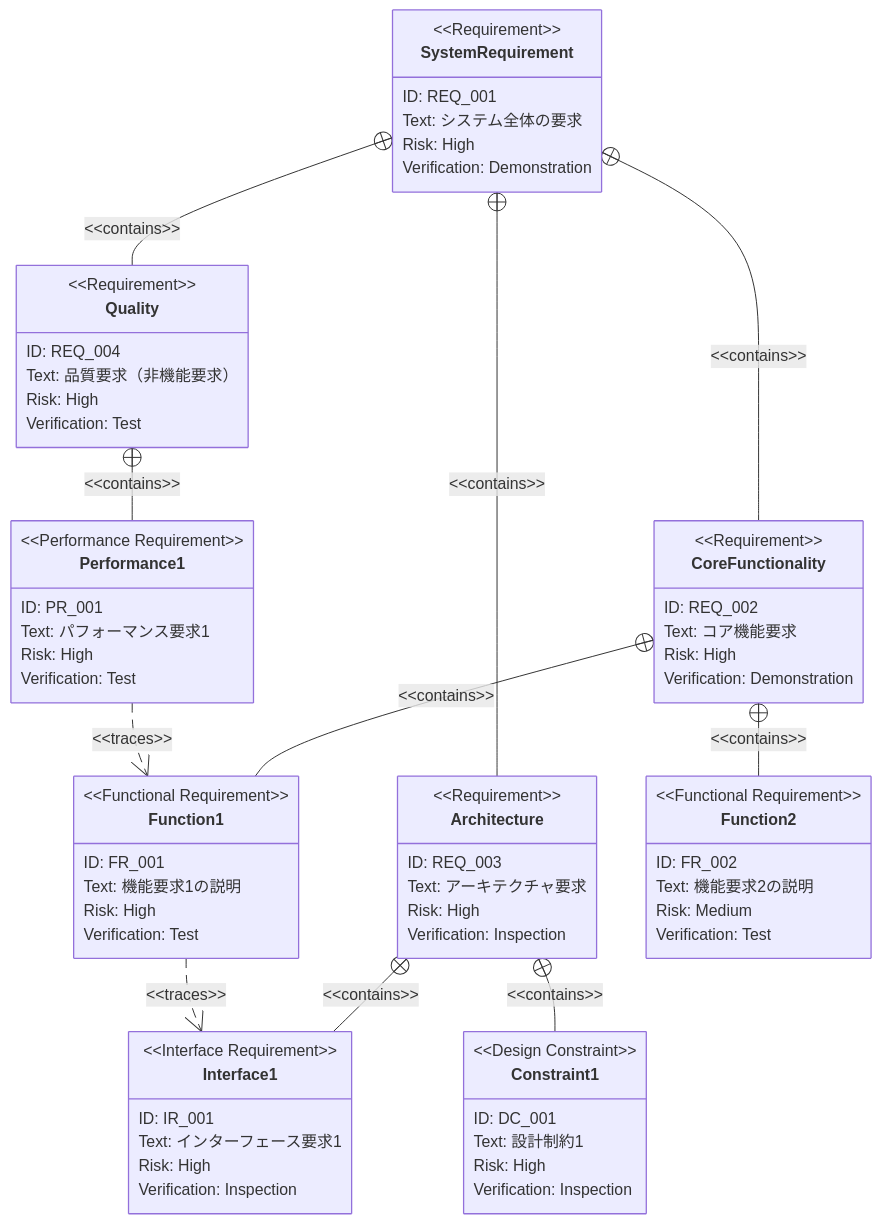
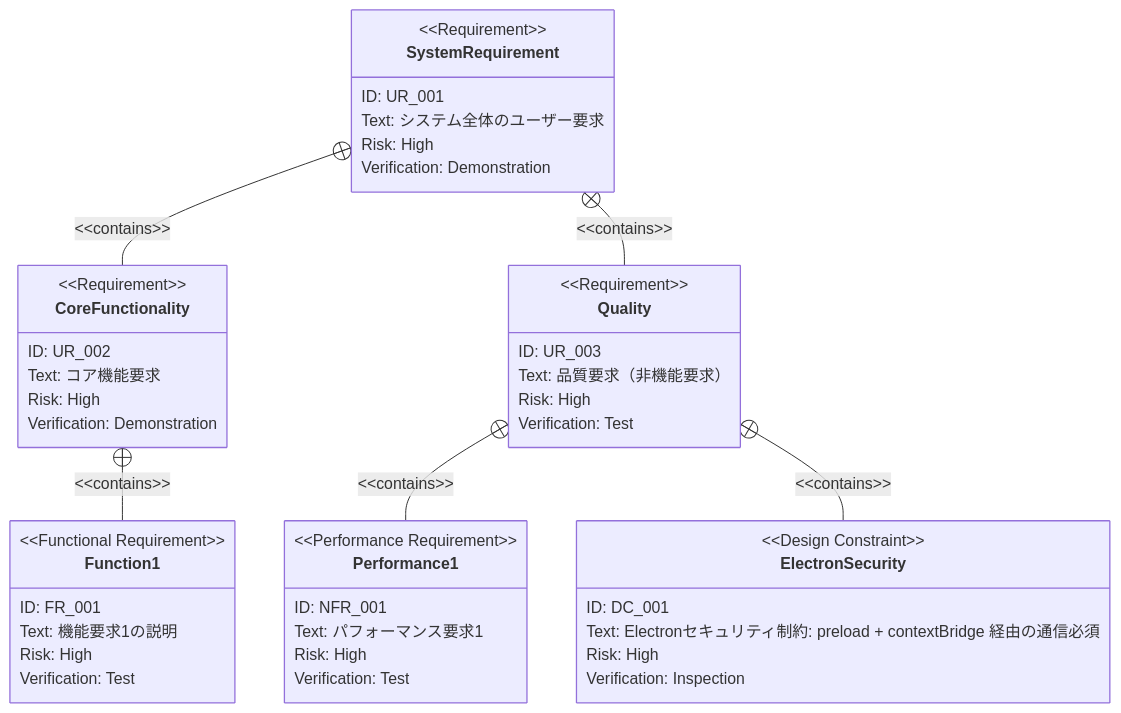
One commit to ToshikiImagawa/Buruma changed the third of 4 diagrams in .sdd/PRD_TEMPLATE.md. Above: the diagram before and after it, drawn with Mermaid. The commit also changed other lines of this file and 2 other files, not shown here.

````diff
--- a/.sdd/PRD_TEMPLATE.md
+++ b/.sdd/PRD_TEMPLATE.md
@@ -137,76 +115,50 @@
 ```mermaid
 requirementDiagram
     requirement SystemRequirement {
-        id: REQ_001
-        text: "システム全体の要求"
+        id: UR_001
+        text: "システム全体のユーザー要求"
         risk: high
         verifymethod: demonstration
     }
 
     requirement CoreFunctionality {
-        id: REQ_002
+        id: UR_002
         text: "コア機能要求"
         risk: high
         verifymethod: demonstration
     }
 
-    requirement Architecture {
-        id: REQ_003
-        text: "アーキテクチャ要求"
-        risk: high
-        verifymethod: inspection
-    }
-
     requirement Quality {
-        id: REQ_004
+        id: UR_003
         text: "品質要求（非機能要求）"
         risk: high
         verifymethod: test
     }
 
     functionalRequirement Function1 {
         id: FR_001
         text: "機能要求1の説明"
         risk: high
         verifymethod: test
     }
 
-    functionalRequirement Function2 {
-        id: FR_002
-        text: "機能要求2の説明"
-        risk: medium
-        verifymethod: test
-    }
-
     performanceRequirement Performance1 {
-        id: PR_001
+        id: NFR_001
         text: "パフォーマンス要求1"
         risk: high
         verifymethod: test
     }
 
-    interfaceRequirement Interface1 {
-        id: IR_001
-        text: "インターフェース要求1"
-        risk: high
-        verifymethod: inspection
-    }
-
-    designConstraint Constraint1 {
+    designConstraint ElectronSecurity {
         id: DC_001
-        text: "設計制約1"
+        text: "Electronセキュリティ制約: preload + contextBridge 経由の通信必須"
         risk: high
         verifymethod: inspection
     }
 
     SystemRequirement - contains -> CoreFunctionality
-    SystemRequirement - contains -> Architecture
     SystemRequirement - contains -> Quality
     CoreFunctionality - contains -> Function1
-    CoreFunctionality - contains -> Function2
     Quality - contains -> Performance1
-    Architecture - contains -> Interface1
-    Architecture - contains -> Constraint1
-    Function1 - traces -> Interface1
-    Performance1 - traces -> Function1
+    Quality - contains -> ElectronSecurity
 ```
````
